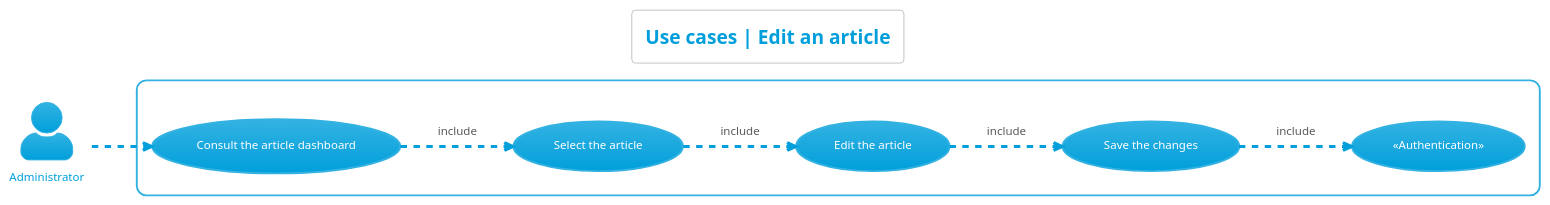
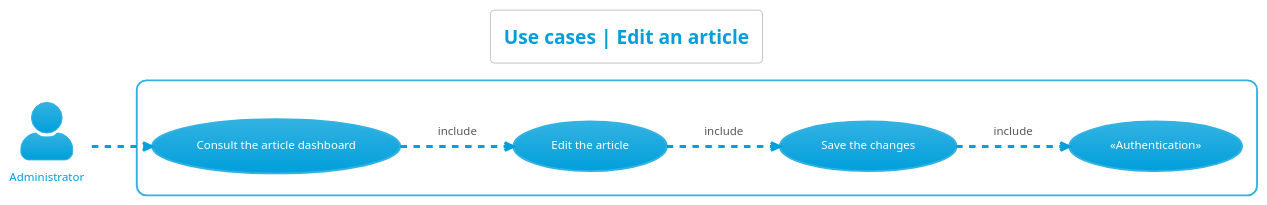
Before and after one commit to sebastien-d-me/SebBlog: the diagram in 1_project_design/uml_diagrams/use_cases/articles/edit_article/edit_article.plantuml, drawn with PlantUML. The commit also changed 59 other files, not shown here.

First line of the commit message:
📝 Update the diagrams

```diff
--- a/1_project_design/uml_diagrams/use_cases/articles/edit_article/edit_article.plantuml
+++ b/1_project_design/uml_diagrams/use_cases/articles/edit_article/edit_article.plantuml
@@ -1,31 +1,29 @@
 @startuml use_cases__edit_article
 left to right direction
 skinparam actorStyle Awesome
 !theme bluegray
 skinparam backgroundcolor White
 
 'Titre'
 title Use cases | Edit an article
 
 'Acteur'
 actor "Administrator" as Administrateur
 
 'Rectangle'
 rectangle {
     'Authentification'
     "«Authentication»" as (Authentification)
 
     'Administrateur'
     "Consult the article dashboard" as (ConsulterTDBArticles)
-    "Select the article" as (SelectionnerArticle)
     "Edit the article" as (ModifierArticle)
     "Save the changes" as (EnregistrerModifications)
 
     'Déroulement'
     :Administrateur: -.> (ConsulterTDBArticles)
-    (ConsulterTDBArticles) -.> (SelectionnerArticle) : include
-    (SelectionnerArticle) -.> (ModifierArticle) : include
+    (ConsulterTDBArticles) -.> (ModifierArticle) : include
     (ModifierArticle) -.> (EnregistrerModifications) : include
     (EnregistrerModifications) -.> (Authentification) : include
 }
 @enduml
```
